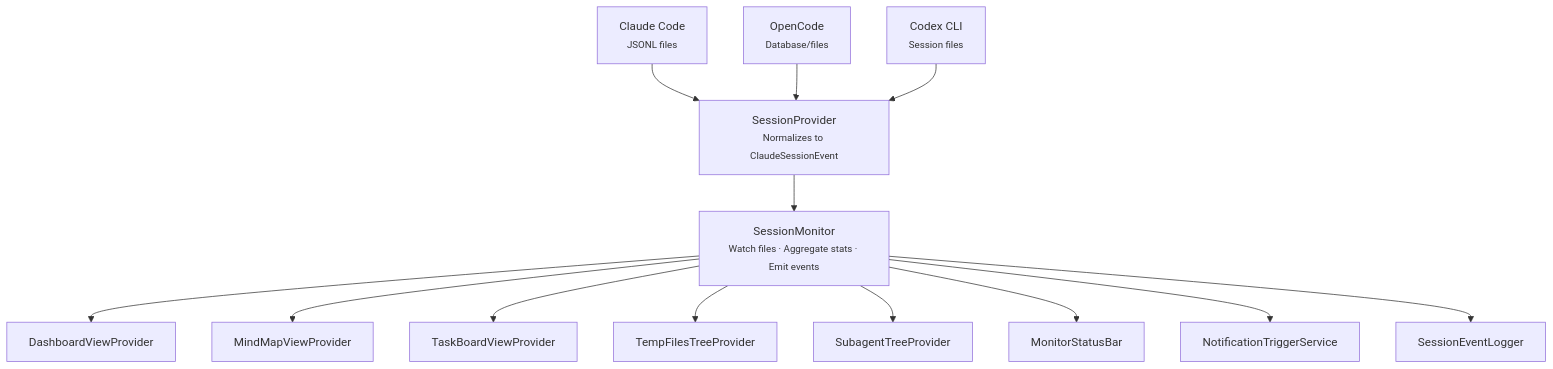
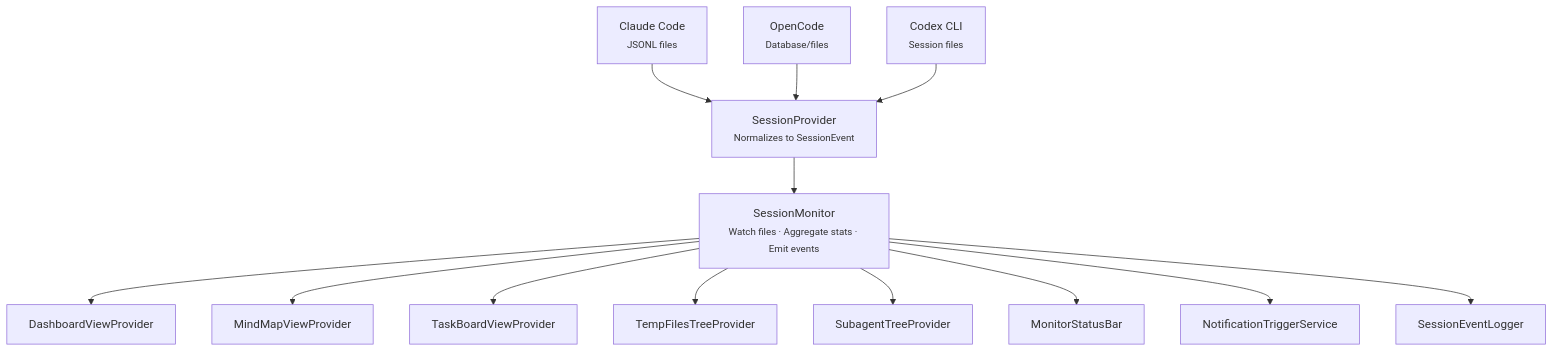
The diagram in docs/architecture/session-pipeline.md (cesarandreslopez/sidekick-agent-hub), drawn with Mermaid before and after one commit. The commit also changed other lines of this file and 30 other files, not shown here.

````diff
--- a/docs/architecture/session-pipeline.md
+++ b/docs/architecture/session-pipeline.md
@@ -7,18 +7,18 @@
 ```mermaid
 flowchart TD
     CC["Claude Code<br/><small>JSONL files</small>"] --> SP
     OC["OpenCode<br/><small>Database/files</small>"] --> SP
     CX["Codex CLI<br/><small>Session files</small>"] --> SP
 
-    SP["SessionProvider<br/><small>Normalizes to ClaudeSessionEvent</small>"]
+    SP["SessionProvider<br/><small>Normalizes to SessionEvent</small>"]
     SP --> SM["SessionMonitor<br/><small>Watch files · Aggregate stats · Emit events</small>"]
 
     SM --> Dashboard["DashboardViewProvider"]
     SM --> MindMap["MindMapViewProvider"]
     SM --> Kanban["TaskBoardViewProvider"]
     SM --> Files["TempFilesTreeProvider"]
     SM --> Agents["SubagentTreeProvider"]
     SM --> StatusBar["MonitorStatusBar"]
     SM --> Notify["NotificationTriggerService"]
     SM --> Logger["SessionEventLogger"]
 ```
````
